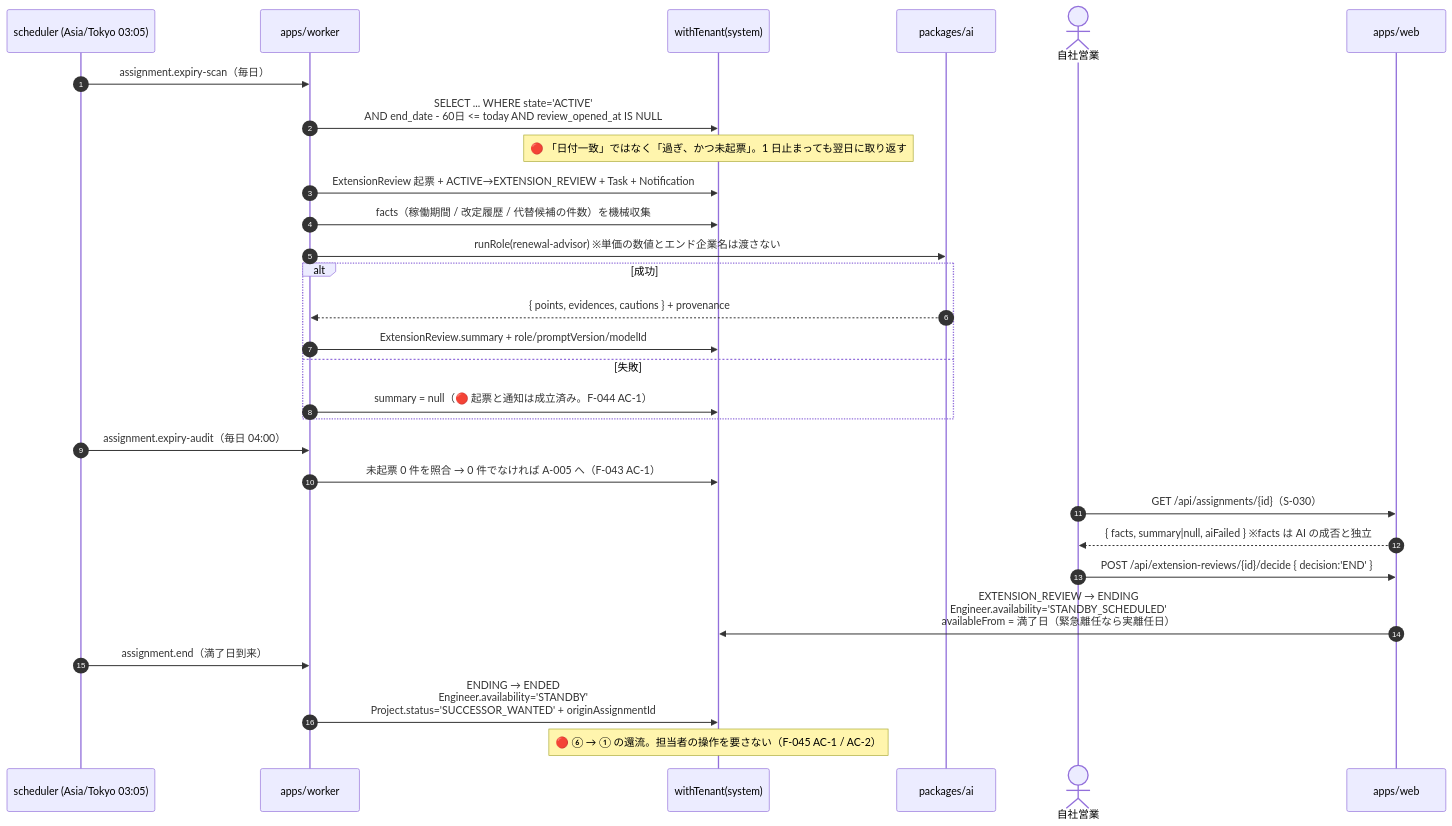
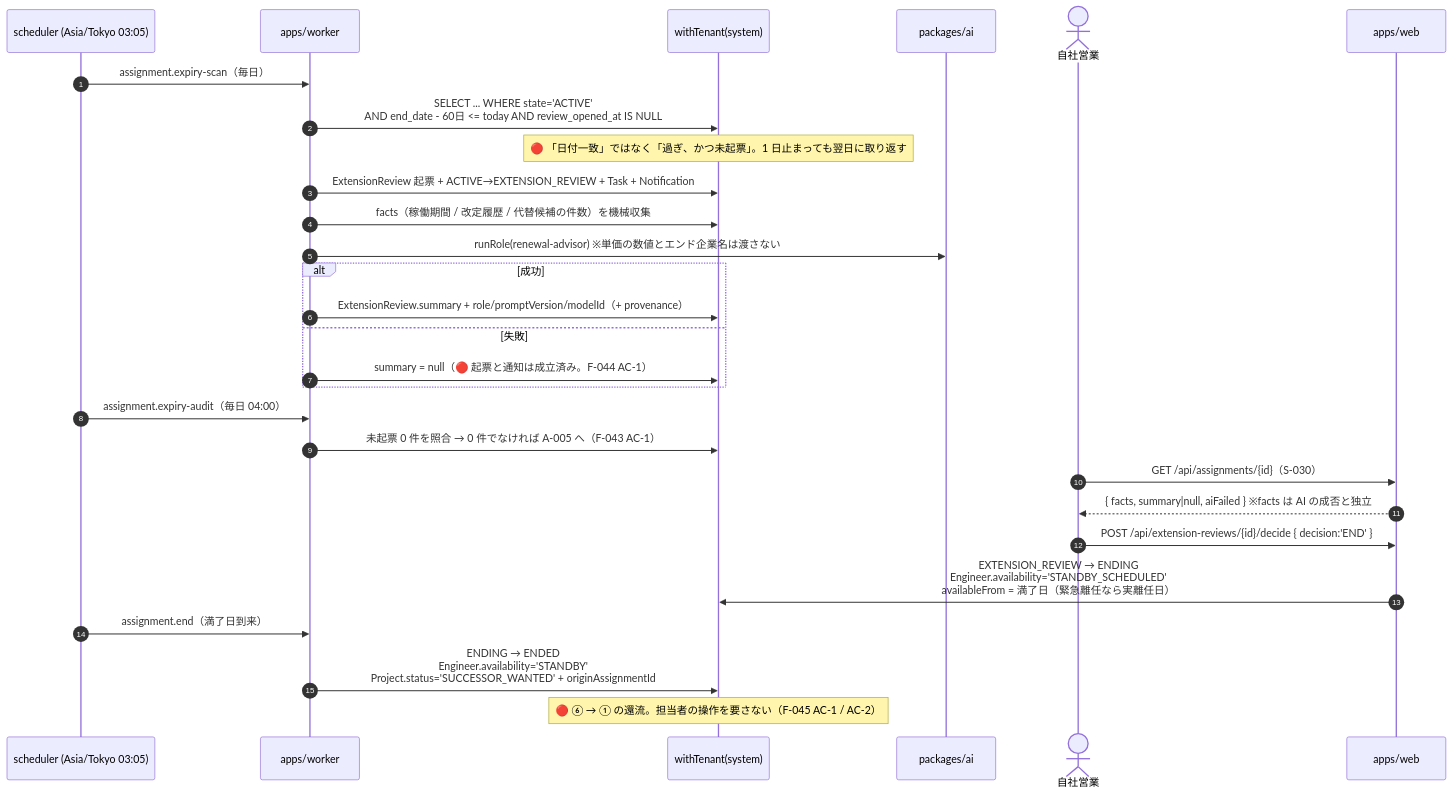
The sixth of 8 diagrams in docs/05-program-design.md (Festal-KM/SES-Platform), drawn with Mermaid before and after one commit. The commit also changed other lines of this file and 1 other file, not shown here.

````diff
--- a/docs/05-program-design.md
+++ b/docs/05-program-design.md
@@ -3039,34 +3131,33 @@
 ```mermaid
 sequenceDiagram
   autonumber
   participant SCH as scheduler (Asia/Tokyo 03:05)
   participant W as apps/worker
   participant DB as withTenant(system)
   participant AI as packages/ai
   actor SA as 自社営業
   participant WEB as apps/web
 
   SCH->>W: assignment.expiry-scan（毎日）
   W->>DB: SELECT ... WHERE state='ACTIVE'<br/>AND end_date - 60日 <= today AND review_opened_at IS NULL
   Note over DB: 🔴 「日付一致」ではなく「過ぎ、かつ未起票」。1 日止まっても翌日に取り返す
   W->>DB: ExtensionReview 起票 + ACTIVE→EXTENSION_REVIEW + Task + Notification
   W->>DB: facts（稼働期間 / 改定履歴 / 代替候補の件数）を機械収集
   W->>AI: runRole(renewal-advisor)  ※単価の数値とエンド企業名は渡さない
   alt 成功
-    AI-->>W: { points, evidences, cautions } + provenance
-    W->>DB: ExtensionReview.summary + role/promptVersion/modelId
+    W->>DB: ExtensionReview.summary + role/promptVersion/modelId（+ provenance）
   else 失敗
     W->>DB: summary = null（🔴 起票と通知は成立済み。F-044 AC-1）
   end
 
   SCH->>W: assignment.expiry-audit（毎日 04:00）
   W->>DB: 未起票 0 件を照合 → 0 件でなければ A-005 へ（F-043 AC-1）
 
   SA->>WEB: GET /api/assignments/{id}（S-030）
   WEB-->>SA: { facts, summary|null, aiFailed }  ※facts は AI の成否と独立
   SA->>WEB: POST /api/extension-reviews/{id}/decide { decision:'END' }
   WEB->>DB: EXTENSION_REVIEW → ENDING<br/>Engineer.availability='STANDBY_SCHEDULED'<br/>availableFrom = 満了日（緊急離任なら実離任日）
   SCH->>W: assignment.end（満了日到来）
   W->>DB: ENDING → ENDED<br/>Engineer.availability='STANDBY'<br/>Project.status='SUCCESSOR_WANTED' + originAssignmentId
   Note over DB: 🔴 ⑥ → ① の還流。担当者の操作を要さない（F-045 AC-1 / AC-2）
 ```
````
